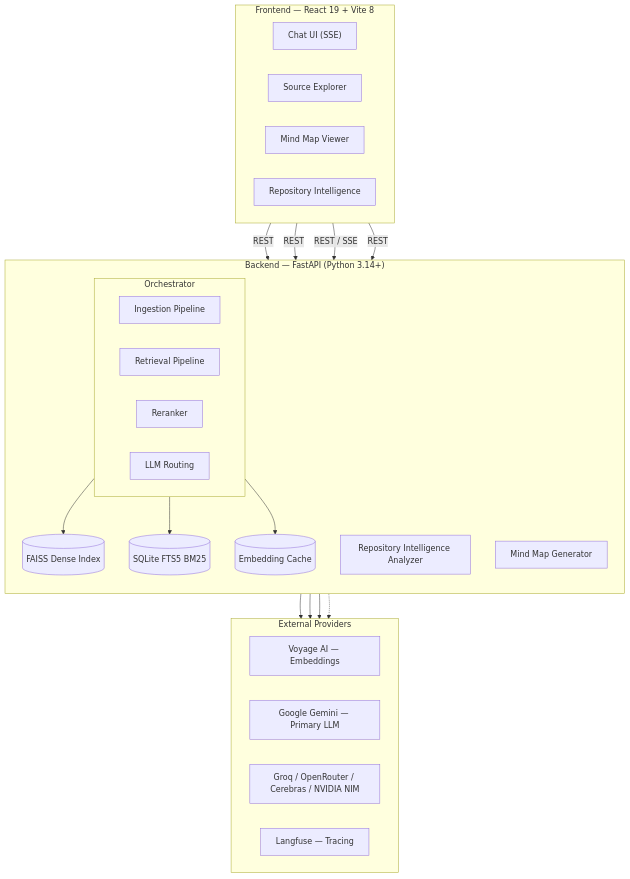
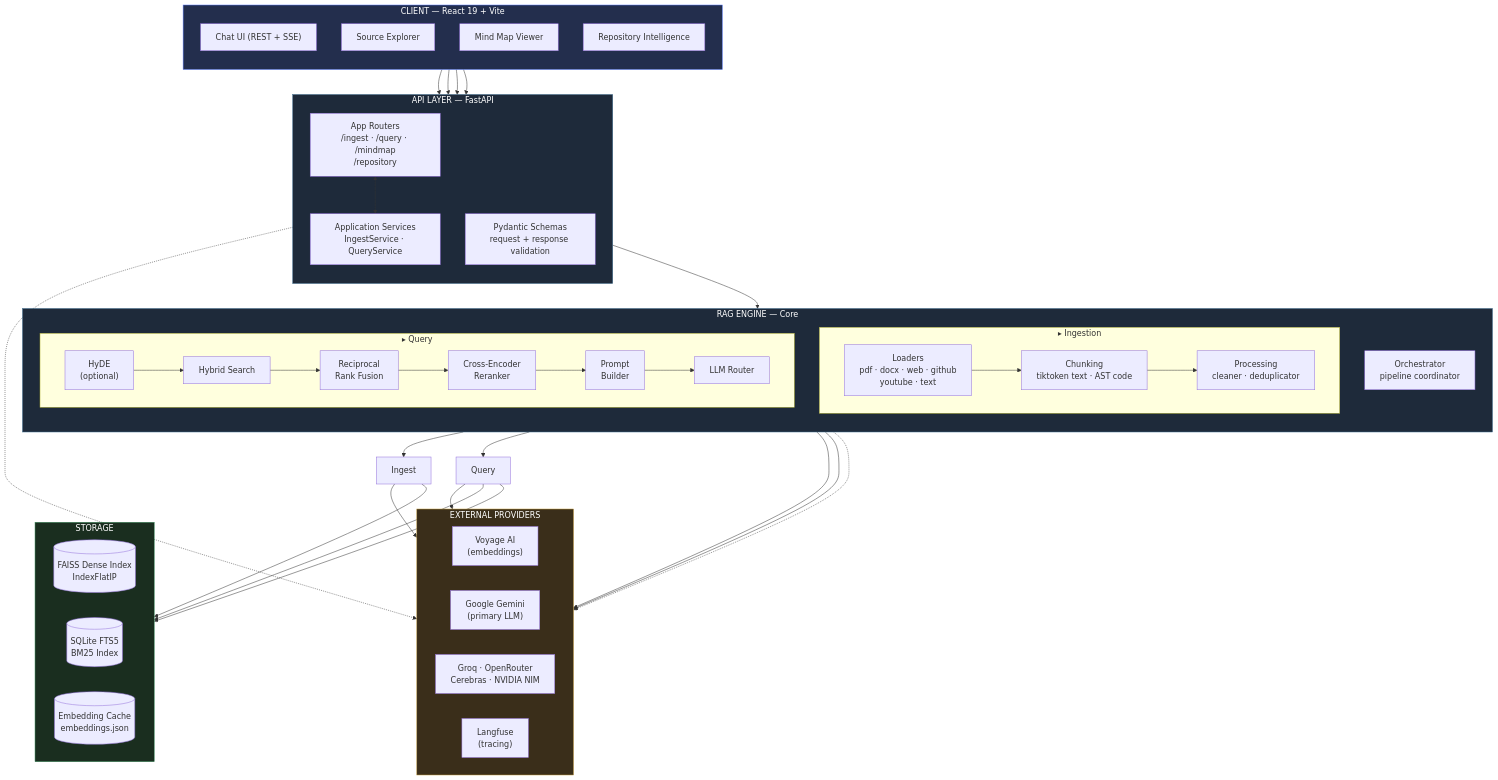
One commit to AdnanZamanNiloy/contexforge changed the diagram in README.md. Above: the diagram before and after it, drawn with Mermaid. The commit also changed other lines of this file, not shown here.

Commit message:
docs: overhaul architecture diagram and add project overview
- Rebuild the Architecture section with a vertical, layered, color-coded
  mermaid diagram that fits the page, plus a prose explanation of the
  ingestion and query flows.
- Add a project summary to the Overview section.

````diff
--- a/README.md
+++ b/README.md
@@ -116,47 +120,89 @@
 ```mermaid
 flowchart TB
-    subgraph FE["Frontend — React 19 + Vite 8"]
-        direction LR
-        ChatUI["Chat UI (SSE)"]
-        SourceExplorer["Source Explorer"]
-        MindMapViewer["Mind Map Viewer"]
-        RepoUI["Repository Intelligence"]
+    classDef frontend fill:#232e4d,stroke:#5b7cfa,color:#fff
+    classDef backend  fill:#1e2a3a,stroke:#3f6d8e,color:#fff
+    classDef storage  fill:#1a2e1f,stroke:#3f8e5f,color:#fff
+    classDef external fill:#3a2e1a,stroke:#c29a3f,color:#fff
+
+    subgraph FE["CLIENT — React 19 + Vite"]
+        direction TB
+        Chat["Chat UI (REST + SSE)"]
+        Explore["Source Explorer"]
+        Mindmap["Mind Map Viewer"]
+        Repo["Repository Intelligence"]
     end
 
-    subgraph BE["Backend — FastAPI (Python 3.14+)"]
+    subgraph API["API LAYER — FastAPI"]
         direction TB
-        subgraph ORCH["Orchestrator"]
-            direction LR
-            Ingest["Ingestion Pipeline"]
-            Retrieve["Retrieval Pipeline"]
-            Rerank["Reranker"]
-            Route["LLM Routing"]
-        end
-        FAISS[(FAISS Dense Index)]
-        FTS[(SQLite FTS5 BM25)]
-        Cache[(Embedding Cache)]
-        RepoAnalyzer["Repository Intelligence Analyzer"]
-        MindMapGen["Mind Map Generator"]
+        Routes["App Routers<br/>/ingest · /query · /mindmap<br/>/repository"]
+        Schemas["Pydantic Schemas<br/>request + response validation"]
+        Services["Application Services<br/>IngestService · QueryService"]
     end
 
-    subgraph EXT["External Providers"]
-        direction LR
-        Voyage["Voyage AI — Embeddings"]
-        Gemini["Google Gemini — Primary LLM"]
-        Fallback["Groq / OpenRouter / Cerebras / NVIDIA NIM"]
-        Langfuse["Langfuse — Tracing"]
+    subgraph CORE["RAG ENGINE — Core"]
+        direction TB
+        Orchestrator["Orchestrator<br/>pipeline coordinator"]
+        subgraph INGEST["▸ Ingestion"]
+            direction LR
+            Loaders["Loaders<br/>pdf · docx · web · github<br/>youtube · text"]
+            Chunking["Chunking<br/>tiktoken text · AST code"]
+            Processing["Processing<br/>cleaner · deduplicator"]
+        end
+        subgraph QUERY["▸ Query"]
+            direction LR
+            HyDE["HyDE<br/>(optional)"]
+            Hybrid["Hybrid Search"]
+            RRF["Reciprocal<br/>Rank Fusion"]
+            Rerank["Cross-Encoder<br/>Reranker"]
+            Prompt["Prompt<br/>Builder"]
+            Router["LLM Router"]
+        end
     end
 
-    ChatUI -- "REST / SSE" --> ORCH
-    SourceExplorer -- "REST" --> ORCH
-    MindMapViewer -- "REST" --> MindMapGen
-    RepoUI -- "REST" --> RepoAnalyzer
+    subgraph STORE["STORAGE"]
+        direction LR
+        FAISS[("FAISS Dense Index<br/>IndexFlatIP")]
+        FTS[("SQLite FTS5<br/>BM25 Index")]
+        Cache[("Embedding Cache<br/>embeddings.json")]
+    end
 
-    Retrieve --> FAISS
-    Retrieve --> FTS
+    subgraph EXT["EXTERNAL PROVIDERS"]
+        direction LR
+        Voyage["Voyage AI<br/>(embeddings)"]
+        Gemini["Google Gemini<br/>(primary LLM)"]
+        Fallback["Groq · OpenRouter<br/>Cerebras · NVIDIA NIM"]
+        Trace["Langfuse<br/>(tracing)"]
+    end
+
+    Chat --> Routes
+    Explore --> Routes
+    Mindmap --> Routes
+    Repo --> Routes
+
+    Routes <--> Services
+    Services --> Orchestrator
+
+    Orchestrator --> Ingest
+    Orchestrator --> Query
+
+    Loaders --> Chunking --> Processing
     Ingest --> Cache
     Ingest --> Voyage
-    Route --> Gemini
-    Route --> Fallback
-    ORCH -.-> Langfuse
+
+    HyDE --> Hybrid
+    Hybrid --> RRF --> Rerank --> Prompt --> Router
+    Query --> FAISS
+    Query --> FTS
+    Query --> Voyage
+
+    Router --> Gemini
+    Router --> Fallback
+
+    Orchestrator -.-> Trace
+    Services -.-> Trace
+
+    class FE frontend
+    class API,CORE backend
+    class STORE storage
+    class EXT external
 ```
````
